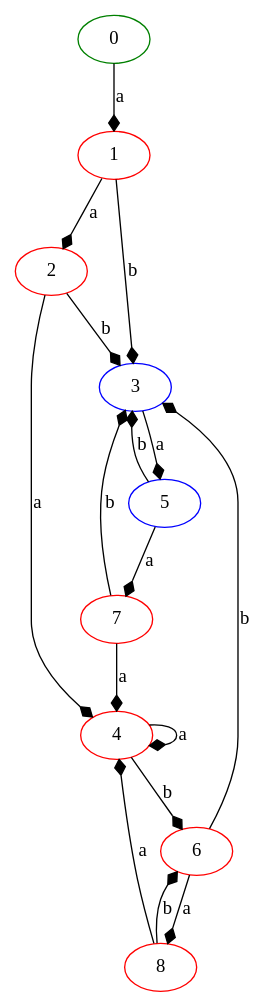
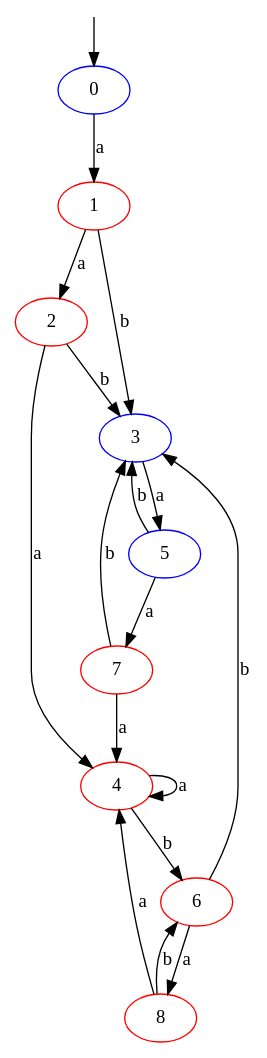
One commit to XDLoLiK/autore changed the diagram in img/dfa.dot. Above: the diagram before and after it, drawn with Graphviz. The commit also changed 9 other files, not shown here.

```diff
--- a/img/dfa.dot
+++ b/img/dfa.dot
@@ -1,1 +1,1 @@
-digraph G{node [color=green;];0;node [color=red;];1;node [color=red;];2;node [color=blue;];3;node [color=red;];4;node [color=blue;];5;node [color=red;];6;node [color=red;];7;node [color=red;];8;0->1[arrowhead=diamond;label="a";];1->2[arrowhead=diamond;label="a";];1->3[arrowhead=diamond;label="b";];2->4[arrowhead=diamond;label="a";];2->3[arrowhead=diamond;label="b";];3->5[arrowhead=diamond;label="a";];4->4[arrowhead=diamond;label="a";];4->6[arrowhead=diamond;label="b";];5->7[arrowhead=diamond;label="a";];5->3[arrowhead=diamond;label="b";];6->8[arrowhead=diamond;label="a";];6->3[arrowhead=diamond;label="b";];7->4[arrowhead=diamond;label="a";];7->3[arrowhead=diamond;label="b";];8->4[arrowhead=diamond;label="a";];8->6[arrowhead=diamond;label="b";];}
+digraph G{node [color=blue;];0;node [color=red;];1;node [color=red;];2;node [color=blue;];3;node [color=red;];4;node [color=blue;];5;node [color=red;];6;node [color=red;];7;node [color=red;];8;node [shape=none;label="";height=0;width=0;];-1;-1->0;0->1[label="a";];1->2[label="a";];1->3[label="b";];2->4[label="a";];2->3[label="b";];3->5[label="a";];4->4[label="a";];4->6[label="b";];5->7[label="a";];5->3[label="b";];6->8[label="a";];6->3[label="b";];7->4[label="a";];7->3[label="b";];8->4[label="a";];8->6[label="b";];}
```
